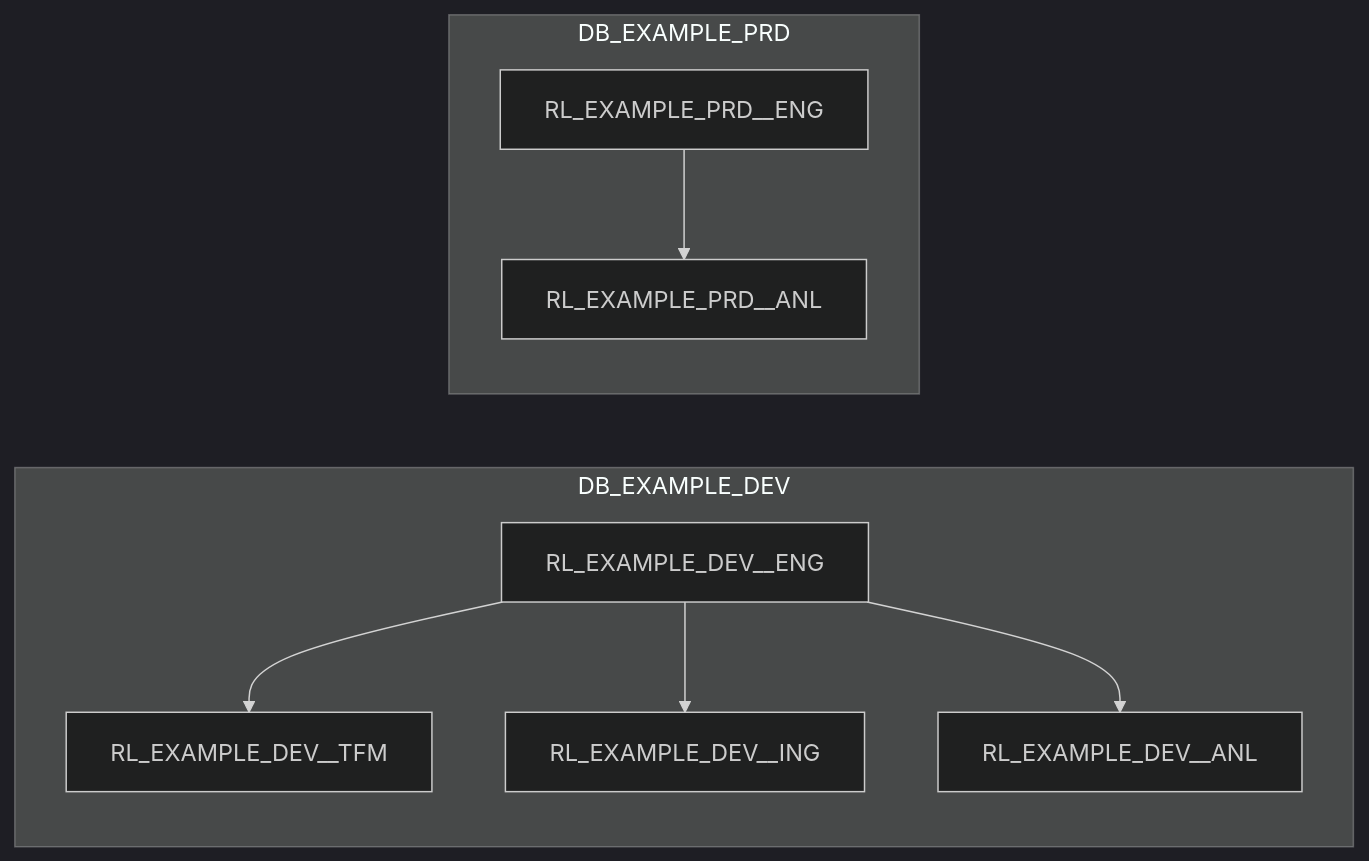
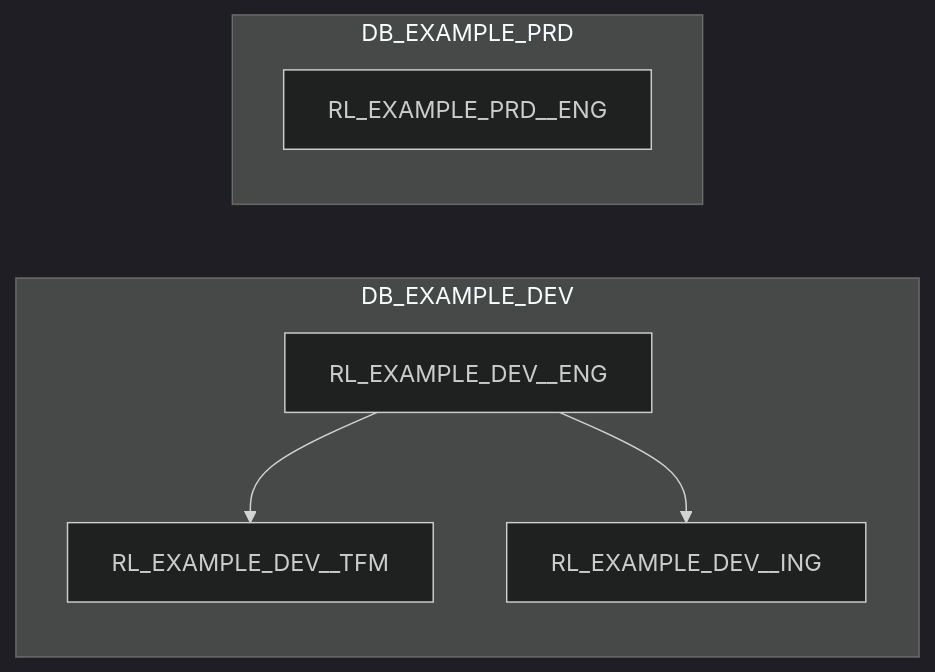
One commit to rootcube/data-mesh-template changed the diagram in docs/understand/role.md. Above: the diagram before and after it, drawn with Mermaid (dark theme). The commit also changed other lines of this file and 32 other files, not shown here.

````diff
--- a/docs/understand/role.md
+++ b/docs/understand/role.md
@@ -139,11 +145,10 @@
 ```mermaid
 graph LR
     subgraph dev["DB_EXAMPLE_DEV"]
         ENGD[RL_EXAMPLE_DEV__ENG] --> TFMD[RL_EXAMPLE_DEV__TFM]
         ENGD --> INGD[RL_EXAMPLE_DEV__ING]
-        ENGD --> ANLD[RL_EXAMPLE_DEV__ANL]
     end
     subgraph prd["DB_EXAMPLE_PRD"]
-        ENGP[RL_EXAMPLE_PRD__ENG] --> ANLP[RL_EXAMPLE_PRD__ANL]
+        ENGP[RL_EXAMPLE_PRD__ENG]
     end
 ```
````
